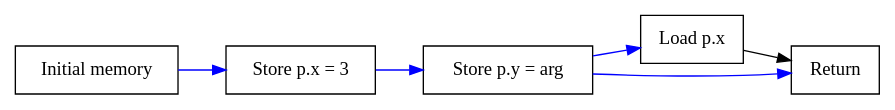
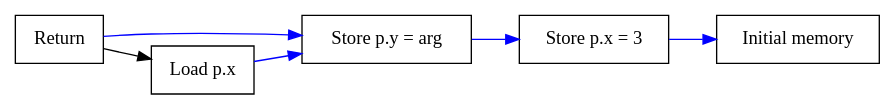
Before and after one commit to SeaOfNodes/Simple: the diagram in chapter10a/docs/example1.gv, drawn with Graphviz. The commit also changed 17 other files, not shown here.

```diff
--- a/chapter10a/docs/example1.gv
+++ b/chapter10a/docs/example1.gv
@@ -1,10 +1,10 @@
 digraph Memory {
   rankdir=LR;
   node [shape=box];
   M0 [label="Initial memory"];
   X [label="Store p.x = 3"];
   Y [label="Store p.y = arg"];
   L [label="Load p.x"];
-  M0 -> X -> Y -> L [color=blue];
-  Y -> Return [color=blue]; L -> Return;
+  L -> Y -> X -> M0 [color=blue];
+  Return -> Y [color=blue]; Return -> L;
 }
```
